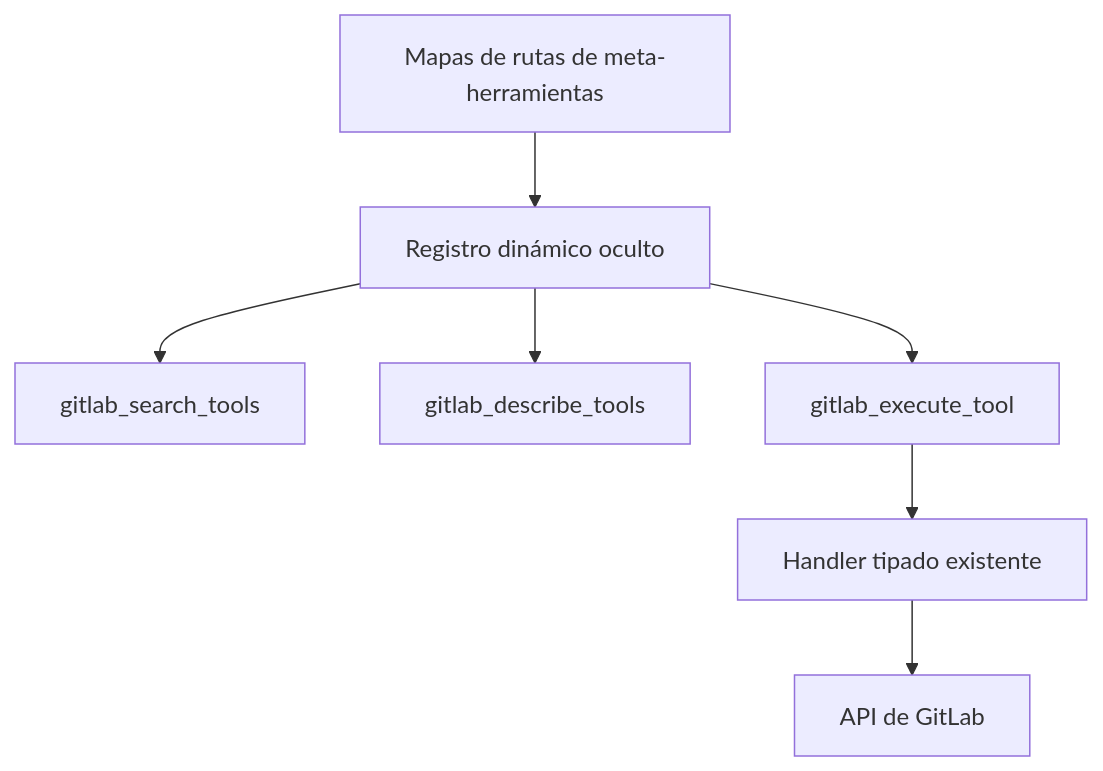
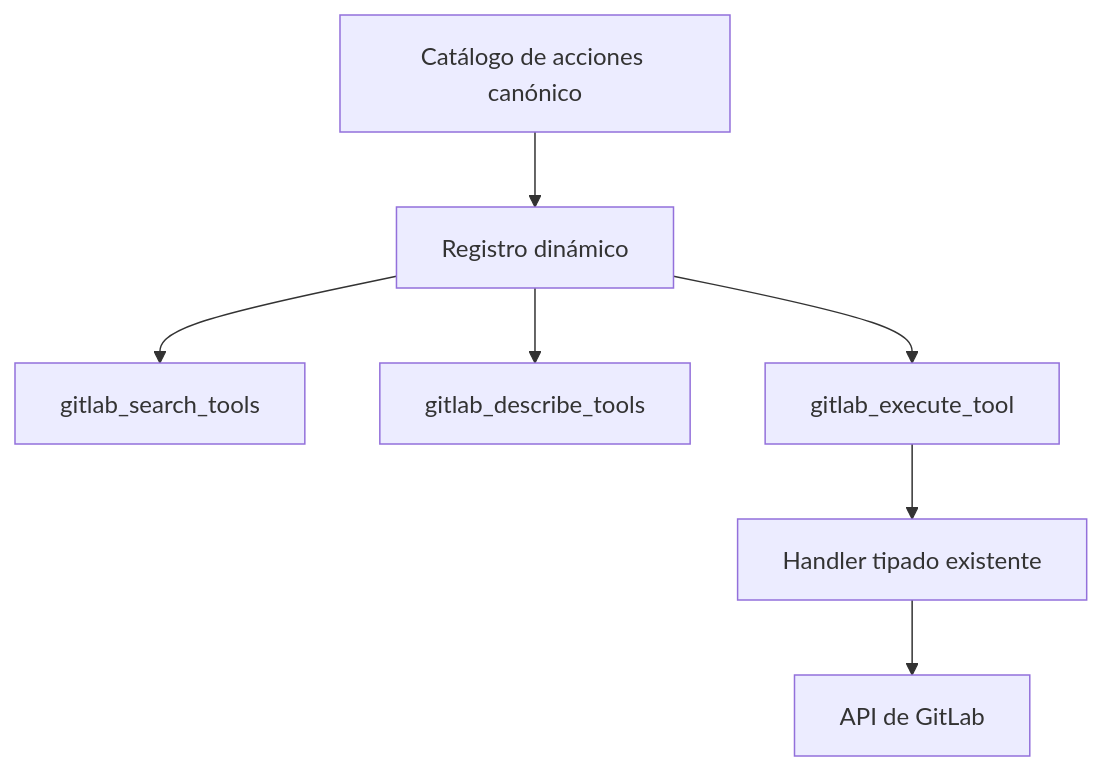
Before and after one commit to jmrplens/gitlab-mcp-server: the fifth of 5 diagrams in site/src/content/docs/es/architecture.mdx, drawn with Mermaid. The commit also changed other lines of this file and 62 other files, not shown here.

````diff
--- a/site/src/content/docs/es/architecture.mdx
+++ b/site/src/content/docs/es/architecture.mdx
@@ -147,9 +147,9 @@
 ```mermaid
 flowchart TD
-    A[Mapas de rutas de meta-herramientas] --> B[Registro dinámico oculto]
+    A[Catálogo de acciones canónico] --> B[Registro dinámico]
     B --> C[gitlab_search_tools]
     B --> D[gitlab_describe_tools]
     B --> E[gitlab_execute_tool]
     E --> F[Handler tipado existente]
     F --> G[API de GitLab]
 ```
````
